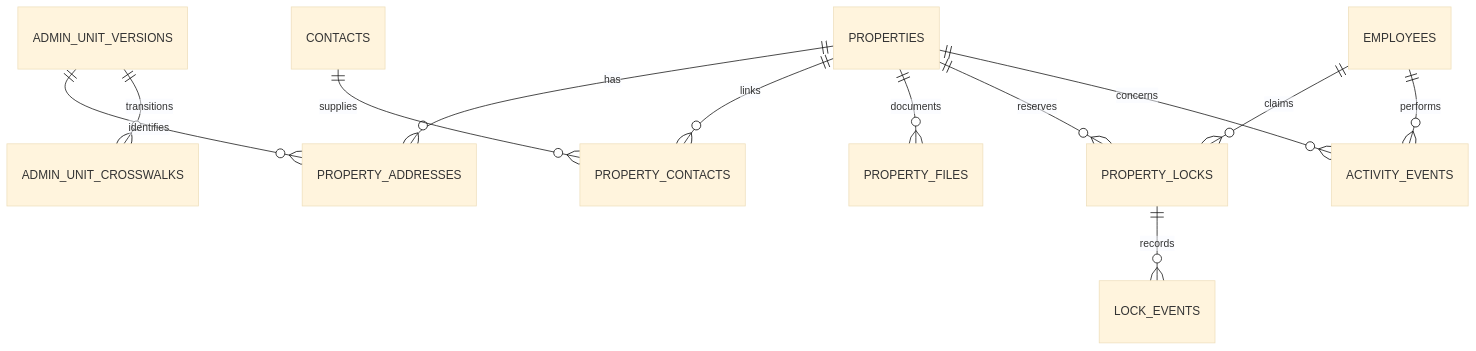
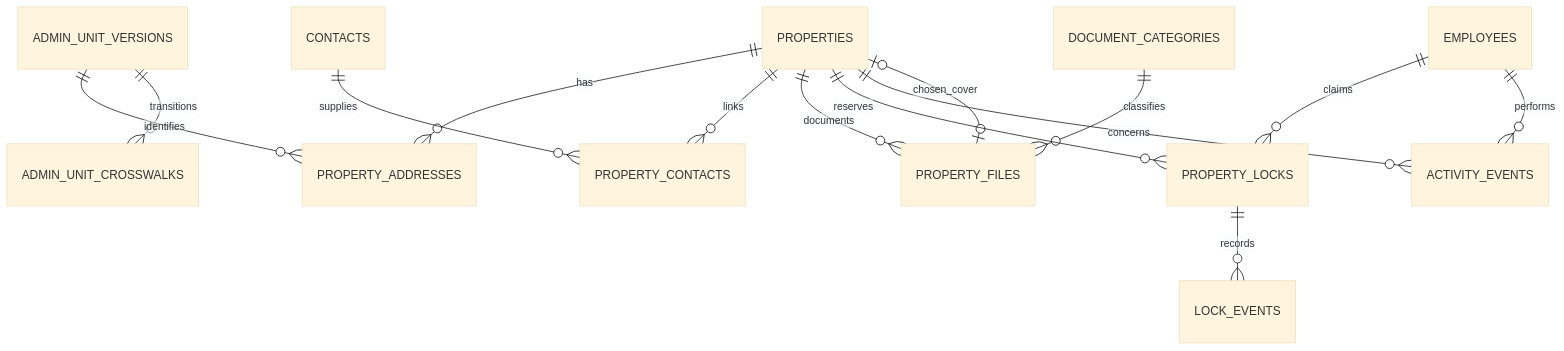
The diagram in docs/schema.md (Leonard-Data/SGN-Inventory), drawn with Mermaid (base theme) before and after one commit. The commit also changed other lines of this file and 13 other files, not shown here.

````diff
--- a/docs/schema.md
+++ b/docs/schema.md
@@ -7,14 +7,16 @@
 ```mermaid
 erDiagram
   PROPERTIES ||--o{ PROPERTY_ADDRESSES : has
   ADMIN_UNIT_VERSIONS ||--o{ PROPERTY_ADDRESSES : identifies
   ADMIN_UNIT_VERSIONS ||--o{ ADMIN_UNIT_CROSSWALKS : transitions
   PROPERTIES ||--o{ PROPERTY_CONTACTS : links
   CONTACTS ||--o{ PROPERTY_CONTACTS : supplies
   PROPERTIES ||--o{ PROPERTY_FILES : documents
+  DOCUMENT_CATEGORIES ||--o{ PROPERTY_FILES : classifies
+  PROPERTY_FILES |o--o| PROPERTIES : chosen_cover
   PROPERTIES ||--o{ PROPERTY_LOCKS : reserves
   EMPLOYEES ||--o{ PROPERTY_LOCKS : claims
   PROPERTY_LOCKS ||--o{ LOCK_EVENTS : records
   EMPLOYEES ||--o{ ACTIVITY_EVENTS : performs
   PROPERTIES ||--o{ ACTIVITY_EVENTS : concerns
 ```
````
